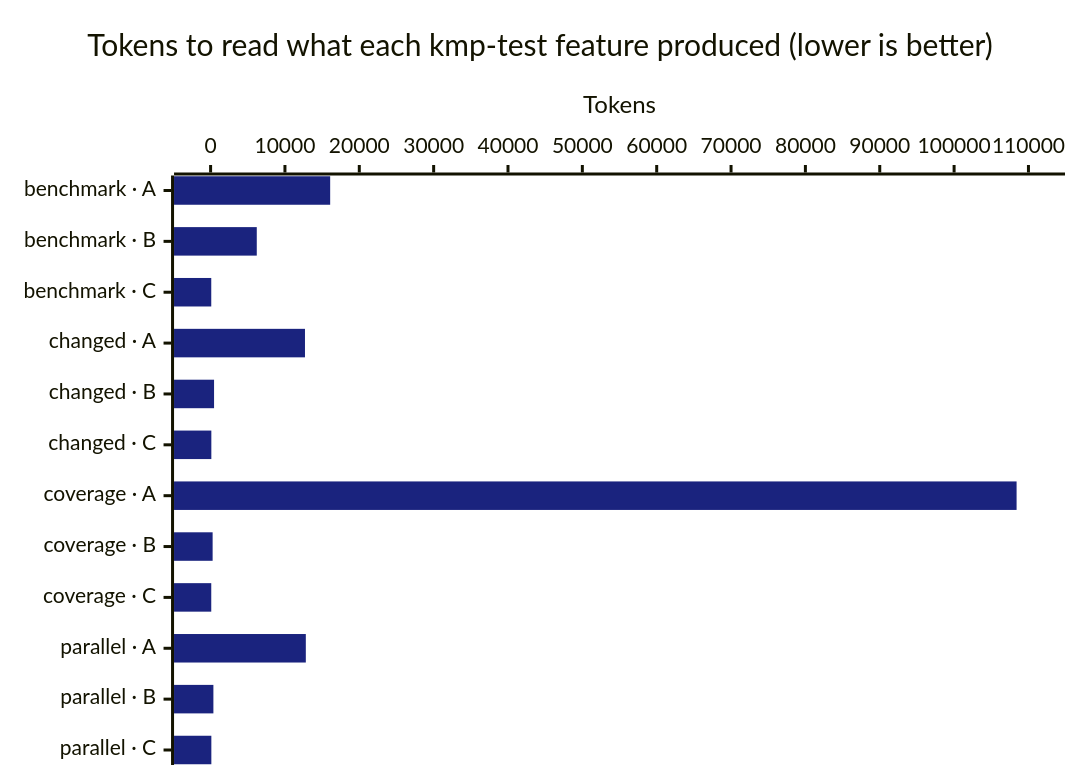
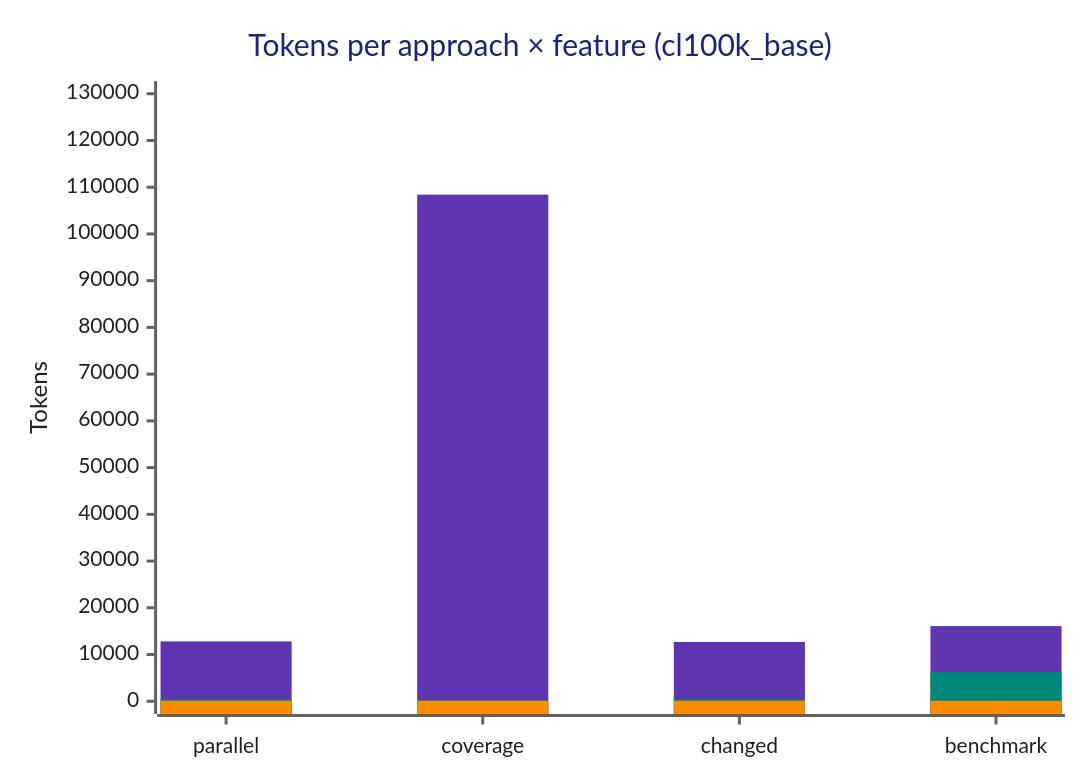
The first of 5 diagrams in README.md (oscardlfr/kmp-test-runner), drawn with Mermaid before and after one commit. The commit also changed other lines of this file and 1 other file, not shown here.

First line of the commit message:
docs(tools): modernize Mermaid charts (multi-series + vivid palette) + anonymize project names

````diff
--- a/README.md
+++ b/README.md
@@ -15,8 +19,10 @@
 ```mermaid
-%%{init: {'theme':'base','themeVariables':{'xyChart':{'plotColorPalette':'#1a237e, #00897b, #c62828'},'fontFamily':'monospace','fontSize':'14px'}}}%%
-xychart-beta horizontal
-    title "Tokens to read what each kmp-test feature produced (lower is better)"
-    x-axis ["benchmark · A", "benchmark · B", "benchmark · C", "changed · A", "changed · B", "changed · C", "coverage · A", "coverage · B", "coverage · C", "parallel · A", "parallel · B", "parallel · C"]
-    y-axis "Tokens" 0 --> 110000
-    bar [16083, 6211, 89, 12694, 466, 100, 108405, 273, 89, 12807, 376, 101]
+%%{init: {'theme':'base','themeVariables':{'xyChart':{'backgroundColor':'transparent','plotColorPalette':'#5e35b1, #00897b, #fb8c00','titleColor':'#1a237e','xAxisLabelColor':'#212121','yAxisLabelColor':'#212121','xAxisTitleColor':'#212121','yAxisTitleColor':'#212121','xAxisLineColor':'#616161','yAxisLineColor':'#616161','xAxisTickColor':'#616161','yAxisTickColor':'#616161','titleFontSize':'18'},'fontFamily':'system-ui, -apple-system, Segoe UI, sans-serif','fontSize':'13px'}}}%%
+xychart-beta
+    title "Tokens per approach × feature (cl100k_base)"
+    x-axis ["parallel", "coverage", "changed", "benchmark"]
+    y-axis "Tokens" 0 --> 130000
+    bar [12807, 108405, 12694, 16083]
+    bar [376, 273, 466, 6211]
+    bar [101, 89, 100, 89]
 ```
````
